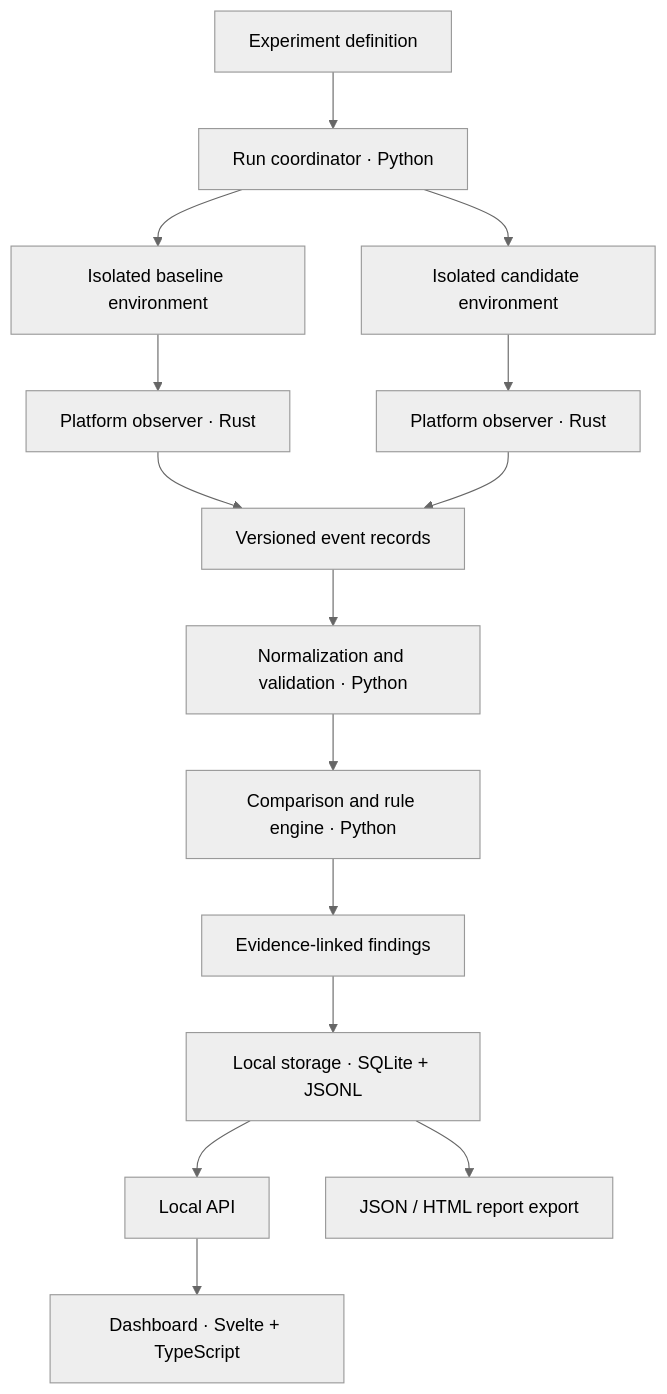
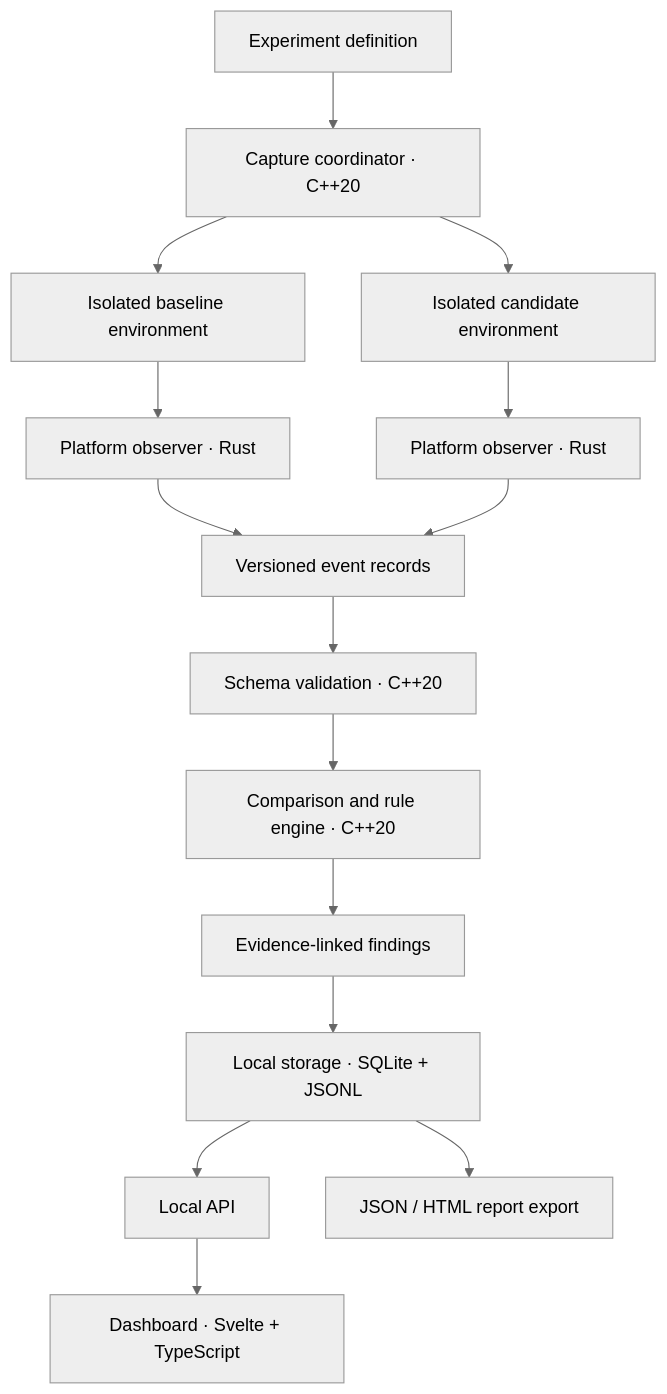
The diagram in README.md (VireonNoctis/Driftglass), drawn with Mermaid (neutral theme) before and after one commit. The commit also changed other lines of this file, not shown here.

Commit message:
docs: describe native C++ architecture and workflow

````diff
--- a/README.md
+++ b/README.md
@@ -206,17 +206,17 @@
 ```mermaid
 flowchart TD
-    A["Experiment definition"] --> B["Run coordinator · Python"]
+    A["Experiment definition"] --> B["Capture coordinator · C++20"]
     B --> C["Isolated baseline environment"]
     B --> D["Isolated candidate environment"]
     C --> E["Platform observer · Rust"]
     D --> F["Platform observer · Rust"]
     E --> G["Versioned event records"]
     F --> G
-    G --> H["Normalization and validation · Python"]
-    H --> I["Comparison and rule engine · Python"]
+    G --> H["Schema validation · C++20"]
+    H --> I["Comparison and rule engine · C++20"]
     I --> J["Evidence-linked findings"]
     J --> K["Local storage · SQLite + JSONL"]
     K --> L["Local API"]
     L --> M["Dashboard · Svelte + TypeScript"]
     K --> N["JSON / HTML report export"]
 ```
````
